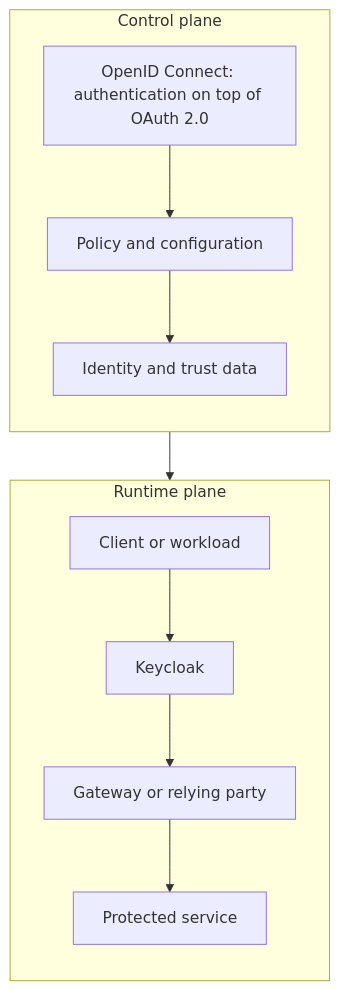
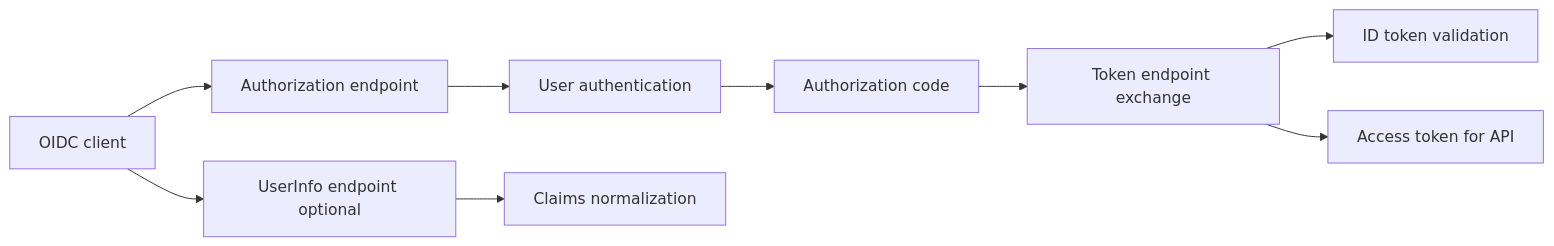
Before and after one commit to jeanflorentine/IAM-KeyCloack-Lab: diagram 12 of 36 in KeyCloack Reference Book.md, drawn with Mermaid. The commit also changed other lines of this file, not shown here.

Commit message:
Revise chapter structure diagrams and chapter 31 interview bank

````diff
--- a/KeyCloack Reference Book.md
+++ b/KeyCloack Reference Book.md
@@ -1283,24 +1218,11 @@
 ```mermaid
-flowchart TB
-    subgraph CP[Control plane]
-        direction TB
-        A[OpenID Connect: authentication on top of OAuth 2.0]
-        B[Policy and configuration]
-        C[Identity and trust data]
-        A --> B
-        B --> C
-    end
-
-    subgraph RP[Runtime plane]
-        direction TB
-        D[Client or workload]
-        E[Keycloak]
-        F[Gateway or relying party]
-        G[Protected service]
-        D --> E
-        E --> F
-        F --> G
-    end
-
-    CP --> RP
+flowchart LR
+    Client[OIDC client] --> Authz[Authorization endpoint]
+    Authz --> Login[User authentication]
+    Login --> Code[Authorization code]
+    Code --> Token[Token endpoint exchange]
+    Token --> IDToken[ID token validation]
+    Token --> AccessToken[Access token for API]
+    Client --> UserInfo[UserInfo endpoint optional]
+    UserInfo --> Claims[Claims normalization]
 ```
````
